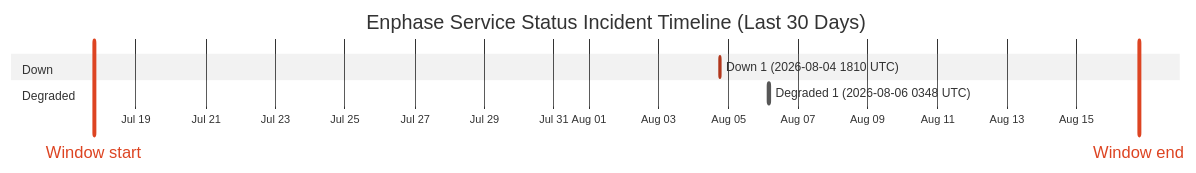
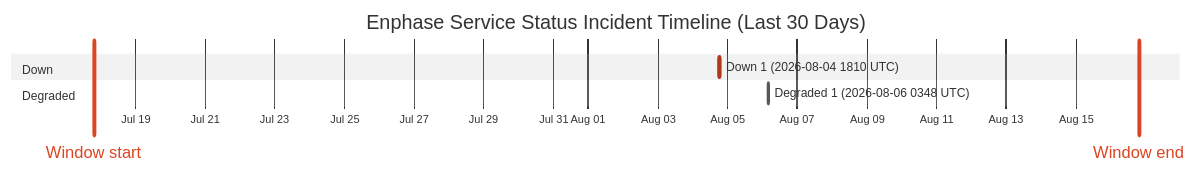
Before and after one commit to barneyonline/ha-enphase-energy: the diagram in wiki/Service-Status-History.md, drawn with Mermaid (neutral theme). The commit also changed other lines of this file and 3 other files, not shown here.

````diff
--- a/wiki/Service-Status-History.md
+++ b/wiki/Service-Status-History.md
@@ -14,12 +14,12 @@
 ```mermaid
 gantt
     title Enphase Service Status Incident Timeline (Last 30 Days)
     dateFormat  YYYY-MM-DDTHH:mm:ss
     axisFormat  %b %d
-    Window start :vert, window-start, 2026-07-17T18:55:31, 0ms
-    Window end :vert, window-end, 2026-08-16T18:55:31, 0ms
+    Window start :vert, window-start, 2026-07-17T19:20:05, 0ms
+    Window end :vert, window-end, 2026-08-16T19:20:05, 0ms
     section Down
     Down 1 (2026-08-04 1810 UTC) :crit, down-1, 2026-08-04T18:10:46, 60m
     section Degraded
     Degraded 1 (2026-08-06 0348 UTC) :active, degraded-1, 2026-08-06T03:48:14, 60m
 ```
````
